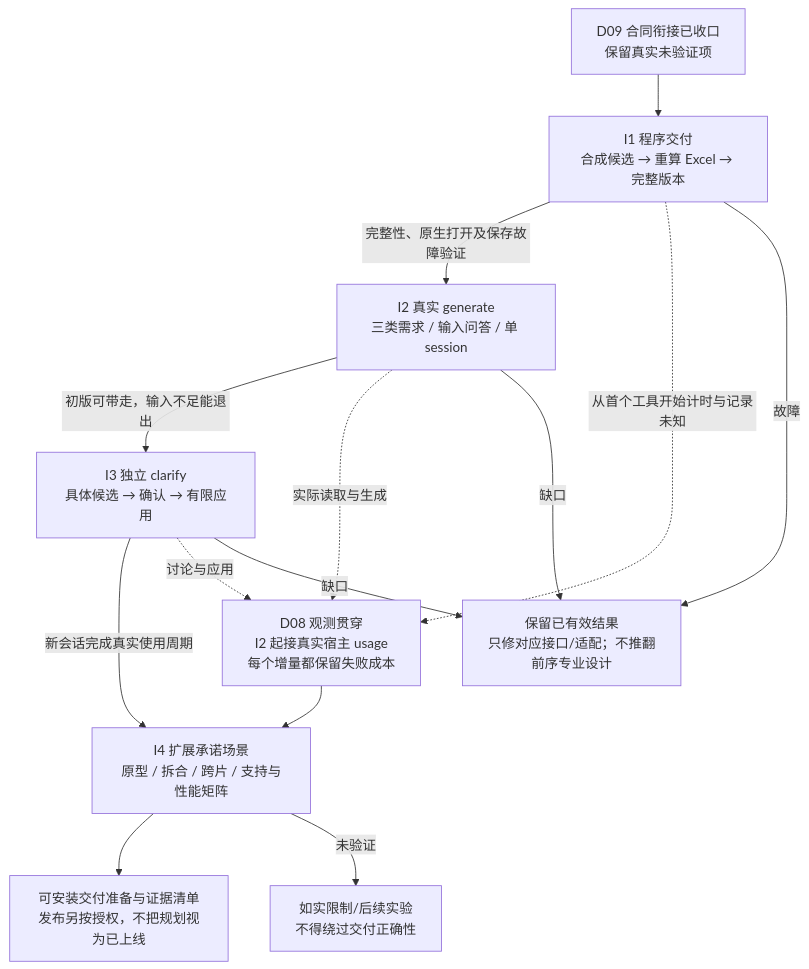
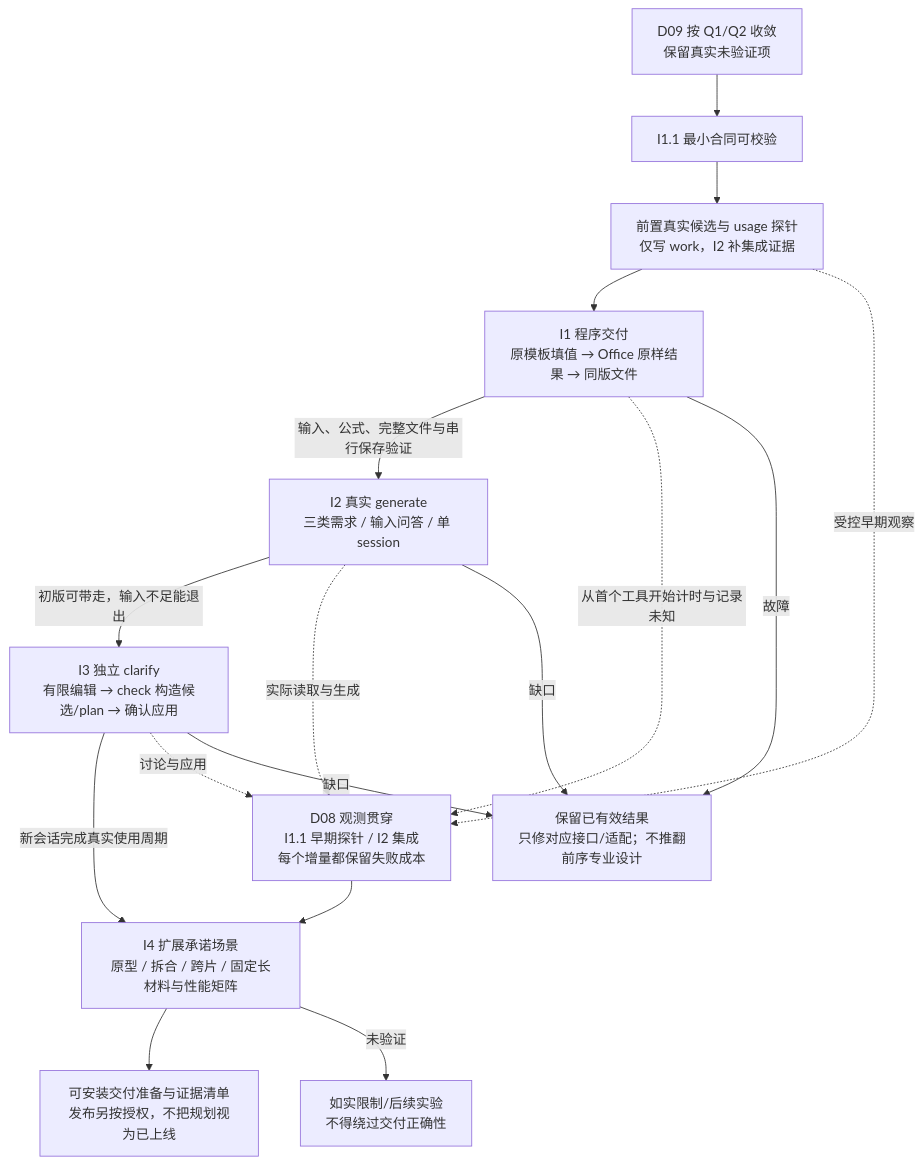
The diagram in plugins/ai-sow-lite/docs/design/detailed/D09-validation-and-implementation.md (InspireChina/ai-plugin-marketplace), drawn with Mermaid before and after one commit. The commit also changed other lines of this file and 41 other files, not shown here.

````diff
--- a/plugins/ai-sow-lite/docs/design/detailed/D09-validation-and-implementation.md
+++ b/plugins/ai-sow-lite/docs/design/detailed/D09-validation-and-implementation.md
@@ -221,16 +223,19 @@
 ```mermaid
 flowchart TD
-    D["D09 合同衔接已收口<br/>保留真实未验证项"] --> I1["I1 程序交付<br/>合成候选 → 重算 Excel → 完整版本"]
-    I1 -->|完整性、原生打开及保存故障验证| I2["I2 真实 generate<br/>三类需求 / 输入问答 / 单 session"]
-    I2 -->|初版可带走，输入不足能退出| I3["I3 独立 clarify<br/>具体候选 → 确认 → 有限应用"]
-    I3 -->|新会话完成真实使用周期| I4["I4 扩展承诺场景<br/>原型 / 拆合 / 跨片 / 支持与性能矩阵"]
-    I1 -.从首个工具开始计时与记录未知.-> O["D08 观测贯穿<br/>I2 起接真实宿主 usage<br/>每个增量都保留失败成本"]
+    D["D09 按 Q1/Q2 收敛<br/>保留真实未验证项"] --> E["I1.1 最小合同可校验"]
+    E --> P["前置真实候选与 usage 探针<br/>仅写 work，I2 补集成证据"]
+    P --> I1["I1 程序交付<br/>原模板填值 → Office 原样结果 → 同版文件"]
+    I1 -->|输入、公式、完整文件与串行保存验证| I2["I2 真实 generate<br/>三类需求 / 输入问答 / 单 session"]
+    I2 -->|初版可带走，输入不足能退出| I3["I3 独立 clarify<br/>有限编辑 → check 构造候选/plan → 确认应用"]
+    I3 -->|新会话完成真实使用周期| I4["I4 扩展承诺场景<br/>原型 / 拆合 / 跨片 / 固定长材料与性能矩阵"]
+    P -.受控早期观察.-> O["D08 观测贯穿<br/>I1.1 早期探针 / I2 集成<br/>每个增量都保留失败成本"]
+    I1 -.从首个工具开始计时与记录未知.-> O
     I2 -.实际读取与生成.-> O
     I3 -.讨论与应用.-> O
     O --> I4
     I4 --> R["可安装交付准备与证据清单<br/>发布另按授权，不把规划视为已上线"]
     I1 -->|故障| F["保留已有效结果<br/>只修对应接口/适配；不推翻前序专业设计"]
     I2 -->|缺口| F
     I3 -->|缺口| F
     I4 -->|未验证| L["如实限制/后续实验<br/>不得绕过交付正确性"]
 ```
````
